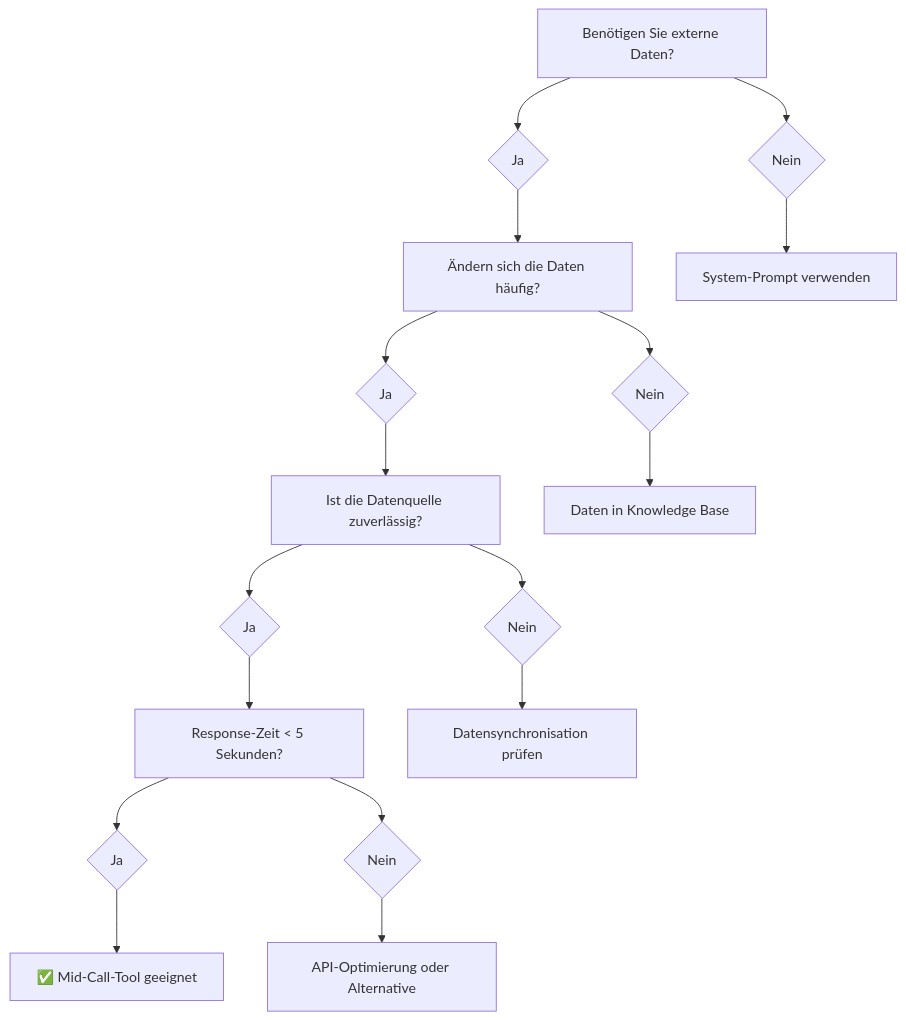
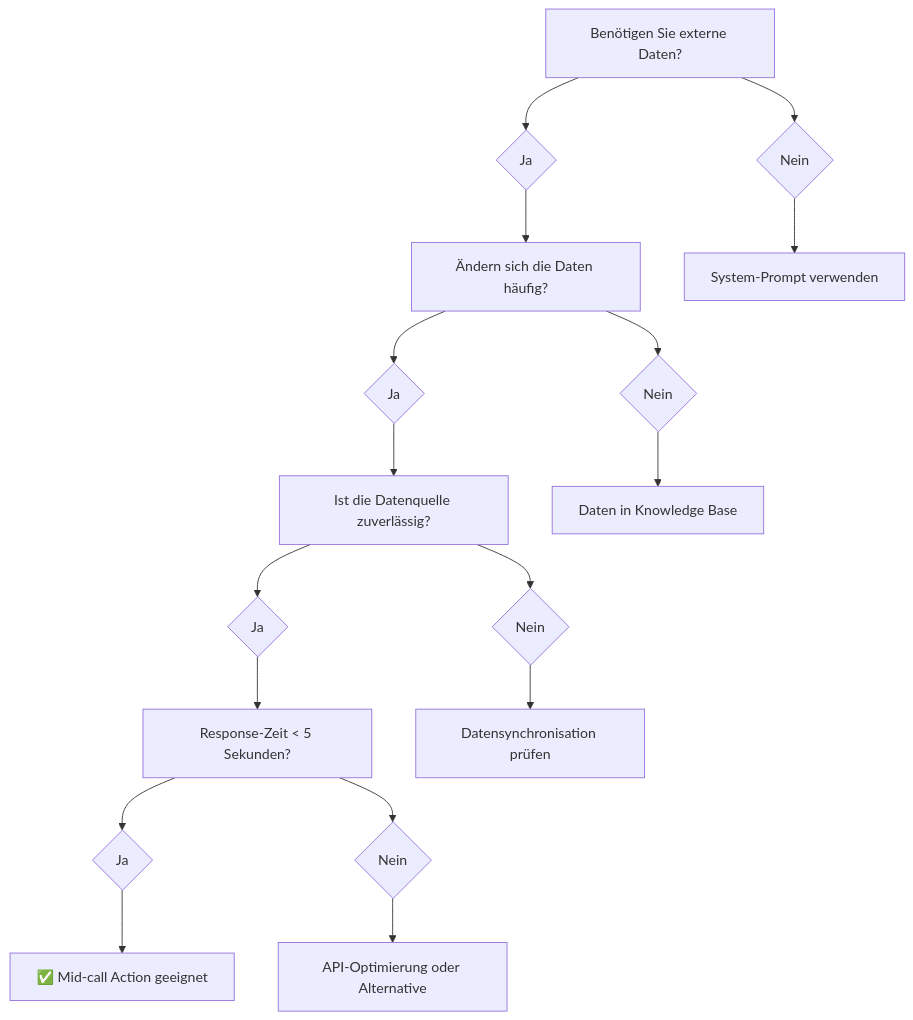
The second of 2 diagrams in automation-platform/mid-call-tools/wann-verwenden.mdx (bekgroup/Famulor-docs-de), drawn with Mermaid before and after one commit. The commit also changed other lines of this file and 42 other files, not shown here.

Commit message:
mid call actions

````diff
--- a/automation-platform/mid-call-tools/wann-verwenden.mdx
+++ b/automation-platform/mid-call-tools/wann-verwenden.mdx
@@ -223,19 +223,19 @@
 ```mermaid
 flowchart TD
     A[Benötigen Sie externe Daten?] --> B{Ja}
     A --> C{Nein}
     B --> D[Ändern sich die Daten häufig?]
     C --> E[System-Prompt verwenden]
     D --> F{Ja}
     D --> G{Nein}
     F --> H[Ist die Datenquelle zuverlässig?]
     G --> I[Daten in Knowledge Base]
     H --> J{Ja}
     H --> K{Nein}
     J --> L[Response-Zeit < 5 Sekunden?]
     K --> M[Datensynchronisation prüfen]
     L --> N{Ja}
     L --> O{Nein}
-    N --> P[✅ Mid-Call-Tool geeignet]
+    N --> P[✅ Mid-call Action geeignet]
     O --> Q[API-Optimierung oder Alternative]
 ```
````
